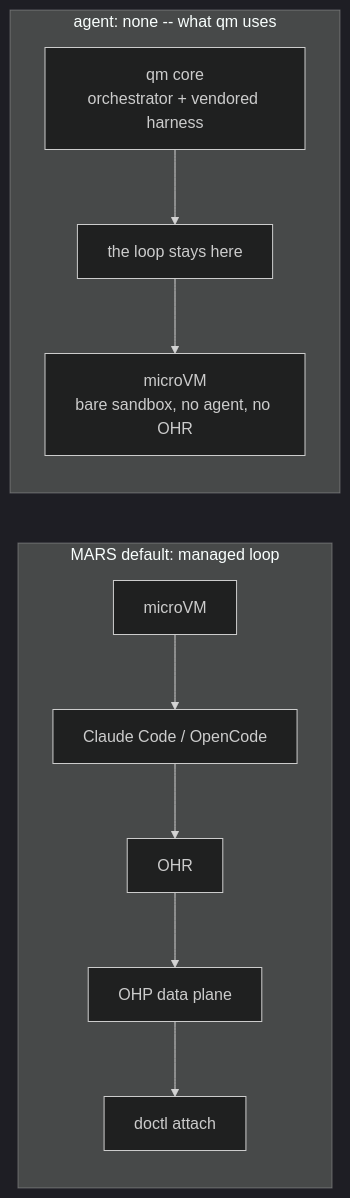
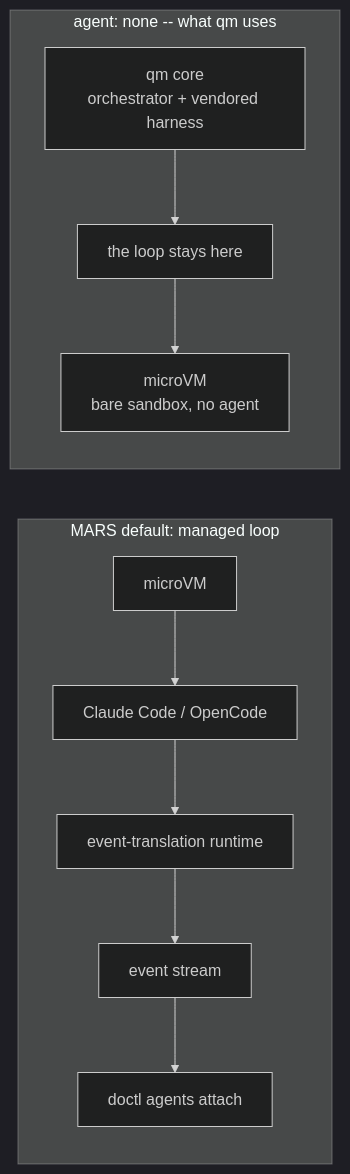
The first of 2 diagrams in adrs/mars-sandbox-backend.md (nkurraDO/qm), drawn with Mermaid (dark theme) before and after one commit. The commit also changed other lines of this file and 8 other files, not shown here.

````diff
--- a/adrs/mars-sandbox-backend.md
+++ b/adrs/mars-sandbox-backend.md
@@ -7,11 +7,11 @@
 ```mermaid
 flowchart LR
   subgraph MANAGED["MARS default: managed loop"]
-    M1["microVM"] --> M2["Claude Code / OpenCode"] --> M3["OHR"] --> M4["OHP data plane"] --> M5["doctl attach"]
+    M1["microVM"] --> M2["Claude Code / OpenCode"] --> M3["event-translation runtime"] --> M4["event stream"] --> M5["doctl agents attach"]
   end
 
   subgraph INVERTED["agent: none -- what qm uses"]
     Q1["qm core<br/>orchestrator + vendored harness"] --> Q2["the loop stays here"]
-    Q2 --> Q3["microVM<br/>bare sandbox, no agent, no OHR"]
+    Q2 --> Q3["microVM<br/>bare sandbox, no agent"]
   end
 ```
````
